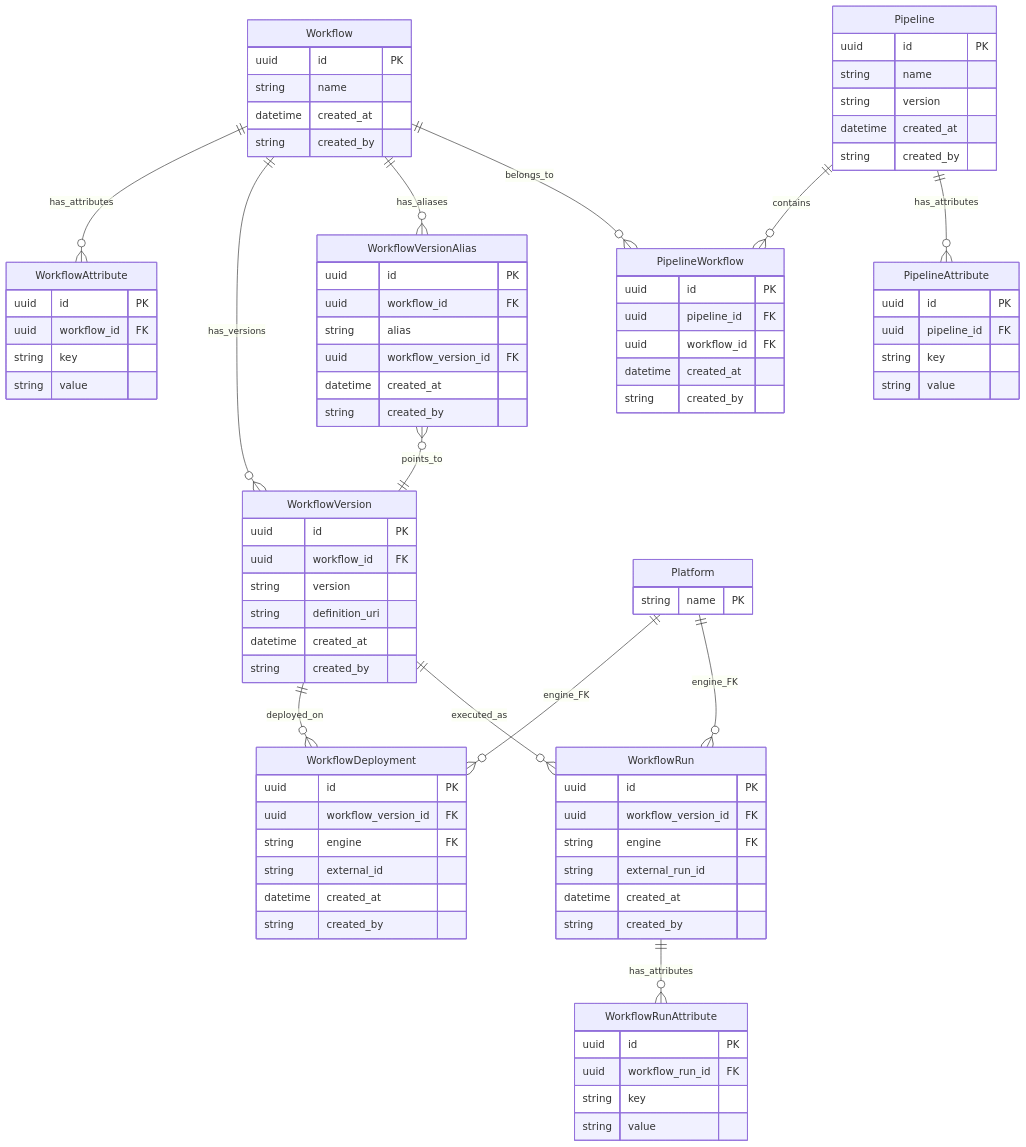
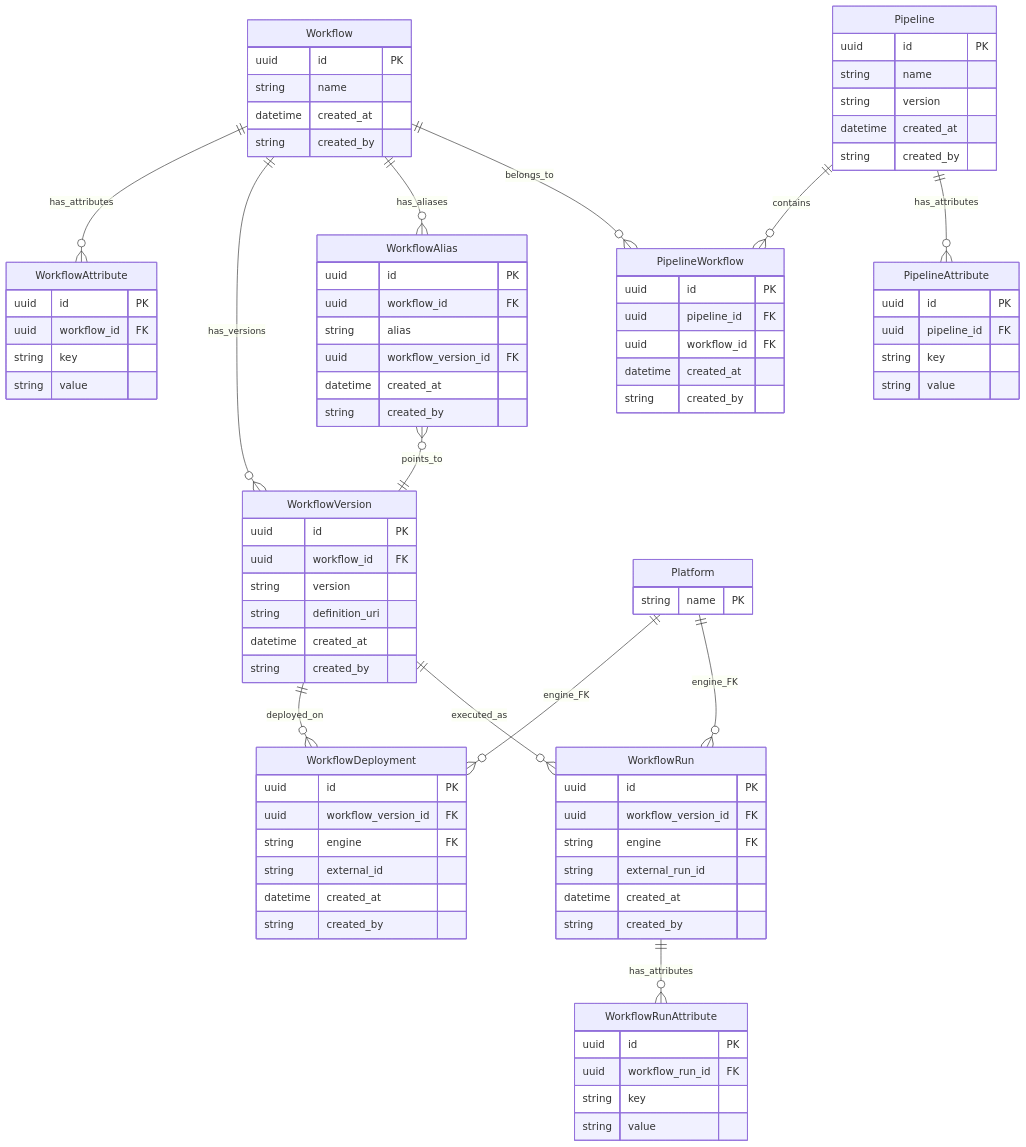
One commit to NGS360/APIServer changed the diagram in docs/WORKFLOWS_AND_PIPELINES.md. Above: the diagram before and after it, drawn with Mermaid. The commit also changed other lines of this file, not shown here.

Commit message:
Change WorkflowVersionAlias to WorkflowAlias

```diff
--- a/docs/WORKFLOWS_AND_PIPELINES.md
+++ b/docs/WORKFLOWS_AND_PIPELINES.md
@@ -24,8 +24,8 @@
 erDiagram
     Workflow ||--o{ WorkflowAttribute : has_attributes
     Workflow ||--o{ WorkflowVersion : has_versions
-    Workflow ||--o{ WorkflowVersionAlias : has_aliases
-    WorkflowVersionAlias }o--|| WorkflowVersion : points_to
+    Workflow ||--o{ WorkflowAlias : has_aliases
+    WorkflowAlias }o--|| WorkflowVersion : points_to
     WorkflowVersion ||--o{ WorkflowDeployment : deployed_on
     WorkflowVersion ||--o{ WorkflowRun : executed_as
     Platform ||--o{ WorkflowDeployment : engine_FK
@@ -63,7 +63,7 @@
         string created_by
     }
 
-    WorkflowVersionAlias {
+    WorkflowAlias {
         uuid id PK
         uuid workflow_id FK
         string alias
```
